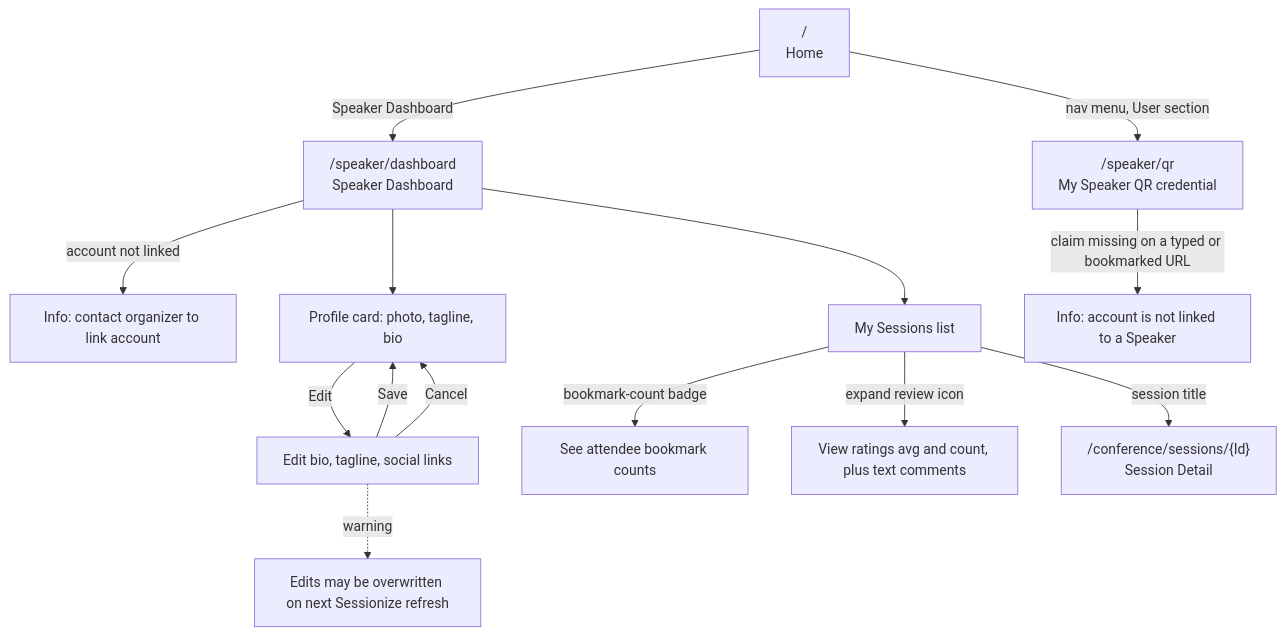
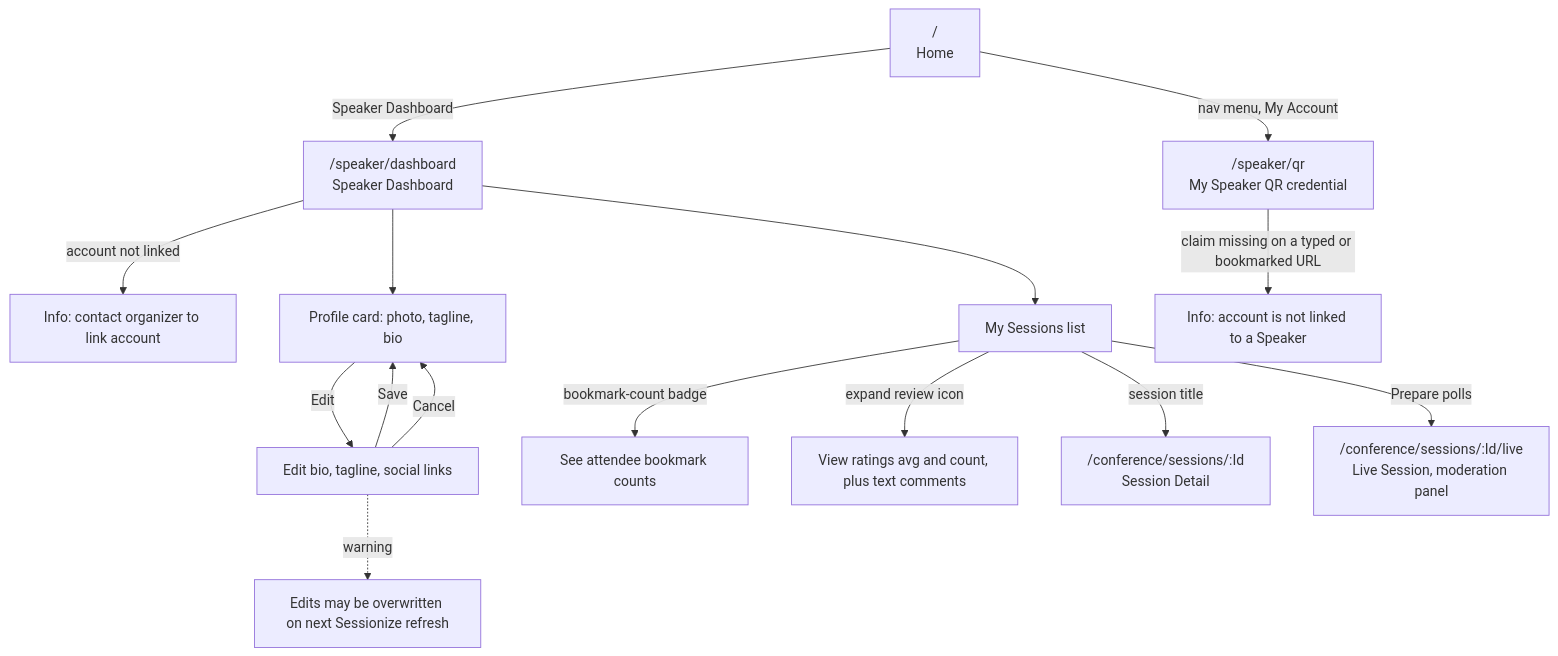
The ninth of 14 diagrams in docs-src/guides/adc-NavigationFlow.md (ivanball/ivanball.github.io), drawn with Mermaid before and after one commit. The commit also changed other lines of this file and 9 other files, not shown here.

````diff
--- a/docs-src/guides/adc-NavigationFlow.md
+++ b/docs-src/guides/adc-NavigationFlow.md
@@ -521,16 +562,17 @@
 ```mermaid
 flowchart TD
     Home["/<br/>Home"] -->|Speaker Dashboard| Dash["/speaker/dashboard<br/>Speaker Dashboard"]
     Dash -->|account not linked| NotLinked["Info: contact organizer to link account"]
     Dash --> Profile["Profile card: photo, tagline, bio"]
     Profile -->|Edit| EditProfile["Edit bio, tagline, social links"]
     EditProfile -->|Save| Profile
     EditProfile -->|Cancel| Profile
     EditProfile -.->|warning| Overwrite["Edits may be overwritten on next Sessionize refresh"]
     Dash --> MySessions["My Sessions list"]
     MySessions -->|bookmark-count badge| Counts["See attendee bookmark counts"]
     MySessions -->|expand review icon| Feedback["View ratings avg and count, plus text comments"]
-    MySessions -->|session title| SessionDetail["/conference/sessions/{Id}<br/>Session Detail"]
-    Home -->|nav menu, User section| Qr["/speaker/qr<br/>My Speaker QR credential"]
+    MySessions -->|session title| SessionDetail["/conference/sessions/:Id<br/>Session Detail"]
+    MySessions -->|Prepare polls| Live["/conference/sessions/:Id/live<br/>Live Session, moderation panel"]
+    Home -->|nav menu, My Account| Qr["/speaker/qr<br/>My Speaker QR credential"]
     Qr -->|claim missing on a typed or bookmarked URL| QrNotLinked["Info: account is not linked to a Speaker"]
 ```
````
